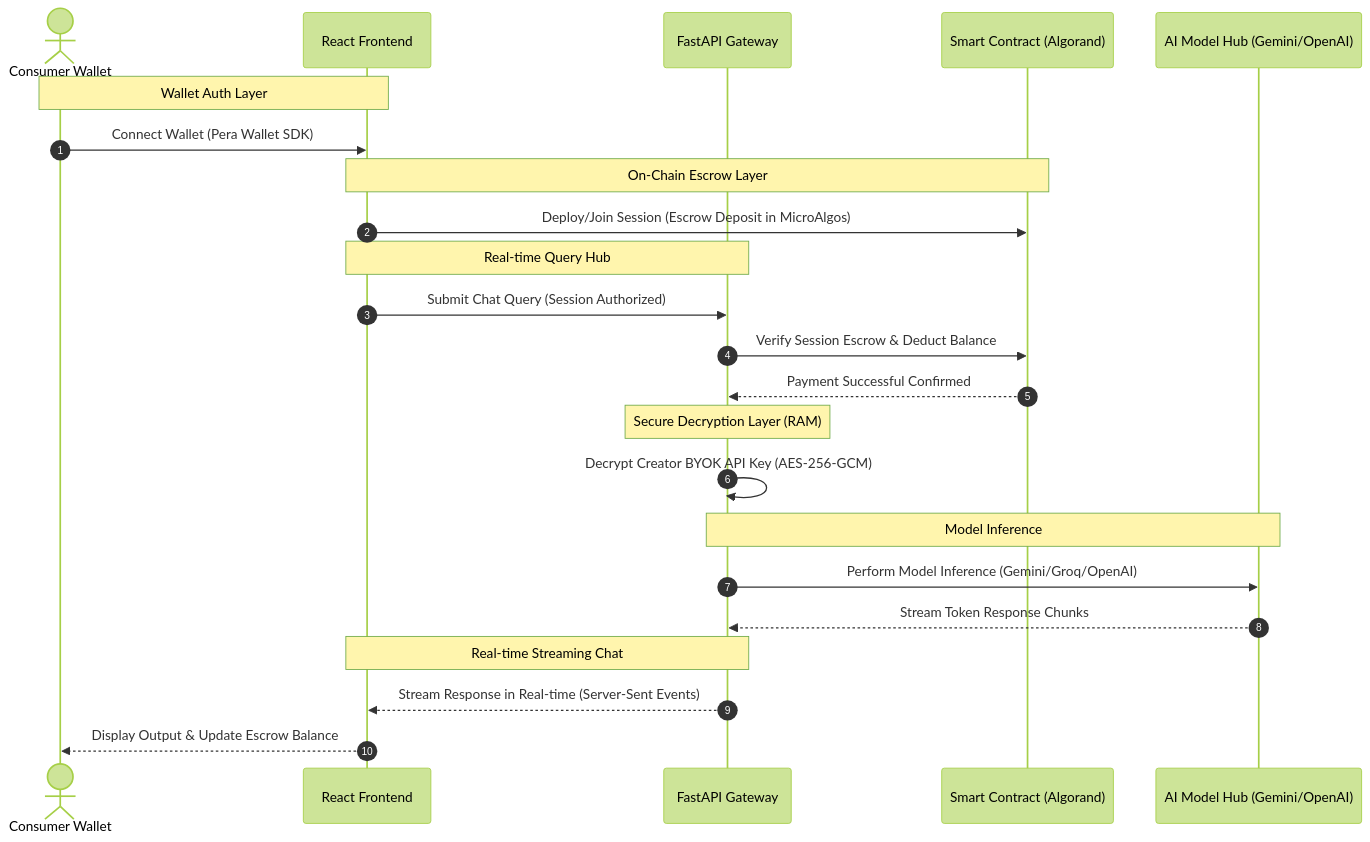
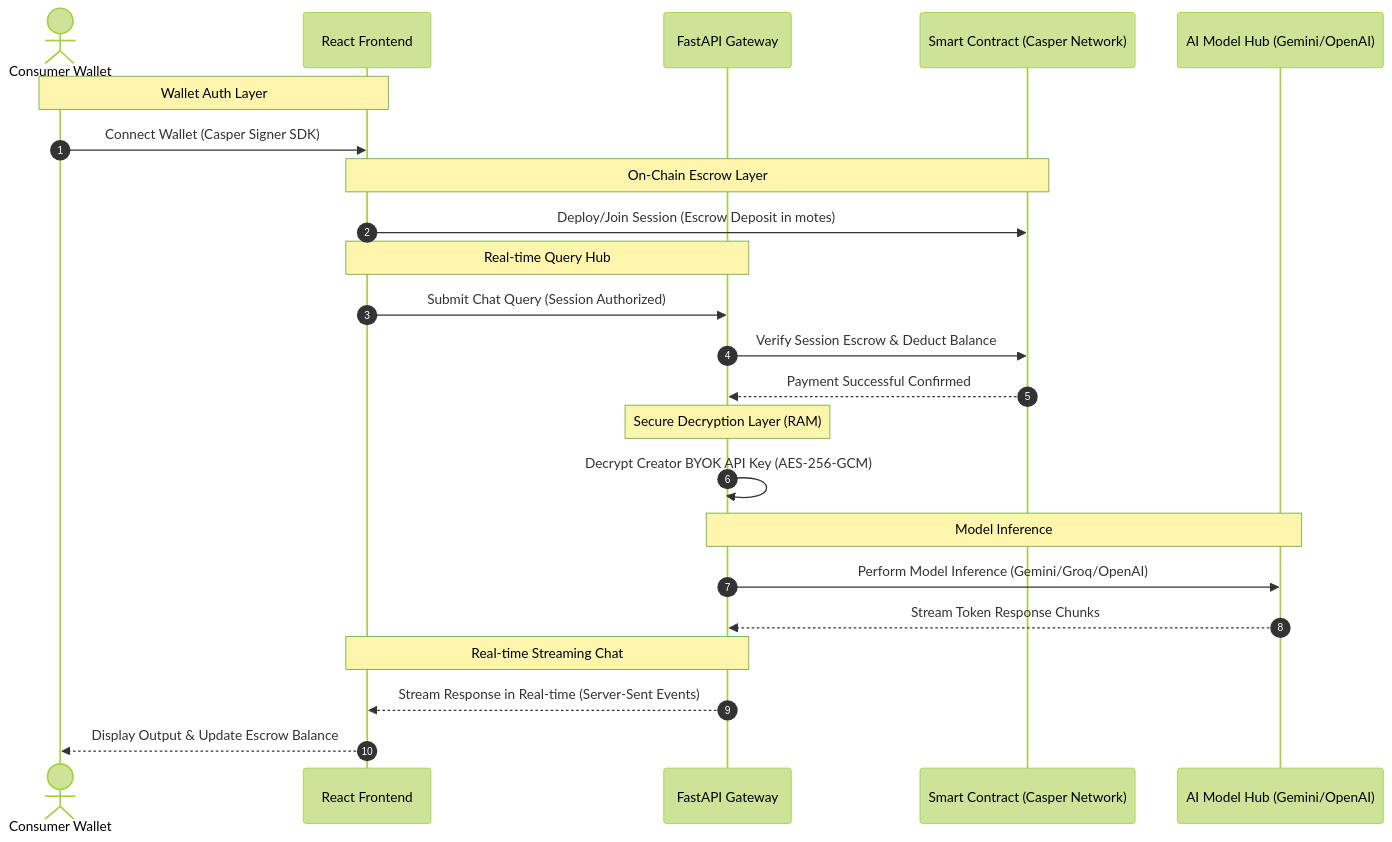
Before and after one commit to WPrasad99/X402_PayPerUseAi_Casper-Hackathon: the diagram in docs/architecture_doc.md, drawn with Mermaid (forest theme). The commit also changed other lines of this file and 13 other files, not shown here.

Commit message:
docs: Migrate documentation and test reports to Casper Network

````diff
--- a/docs/architecture_doc.md
+++ b/docs/architecture_doc.md
@@ -18,31 +18,31 @@
 ```mermaid
 sequenceDiagram
     autonumber
     actor User as Consumer Wallet
     participant FE as React Frontend
     participant BE as FastAPI Gateway
-    participant SC as Smart Contract (Algorand)
+    participant SC as Smart Contract (Casper Network)
     participant AI as AI Model Hub (Gemini/OpenAI)
 
     Note over User,FE: Wallet Auth Layer
-    User->>FE: Connect Wallet (Pera Wallet SDK)
+    User->>FE: Connect Wallet (Casper Signer SDK)
     
     Note over FE,SC: On-Chain Escrow Layer
-    FE->>SC: Deploy/Join Session (Escrow Deposit in MicroAlgos)
+    FE->>SC: Deploy/Join Session (Escrow Deposit in motes)
     
     Note over FE,BE: Real-time Query Hub
     FE->>BE: Submit Chat Query (Session Authorized)
     BE->>SC: Verify Session Escrow & Deduct Balance
     SC-->>BE: Payment Successful Confirmed
     
     Note over BE: Secure Decryption Layer (RAM)
     BE->>BE: Decrypt Creator BYOK API Key (AES-256-GCM)
     
     Note over BE,AI: Model Inference
     BE->>AI: Perform Model Inference (Gemini/Groq/OpenAI)
     AI-->>BE: Stream Token Response Chunks
     
     Note over BE,FE: Real-time Streaming Chat
     BE-->>FE: Stream Response in Real-time (Server-Sent Events)
     FE-->>User: Display Output & Update Escrow Balance
 ```
````
